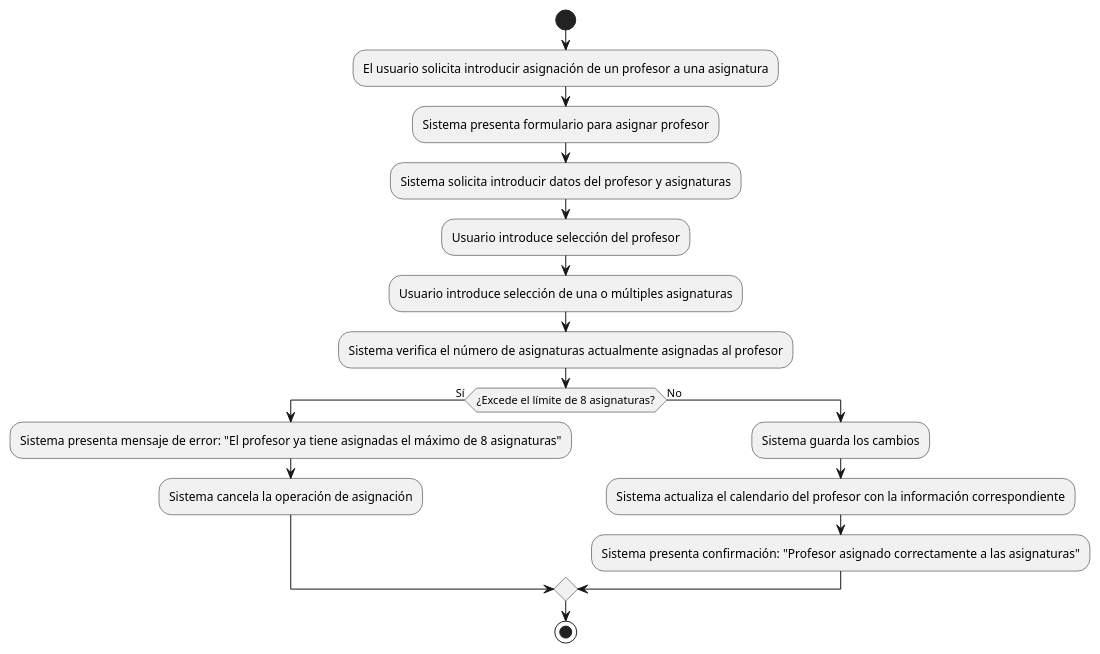
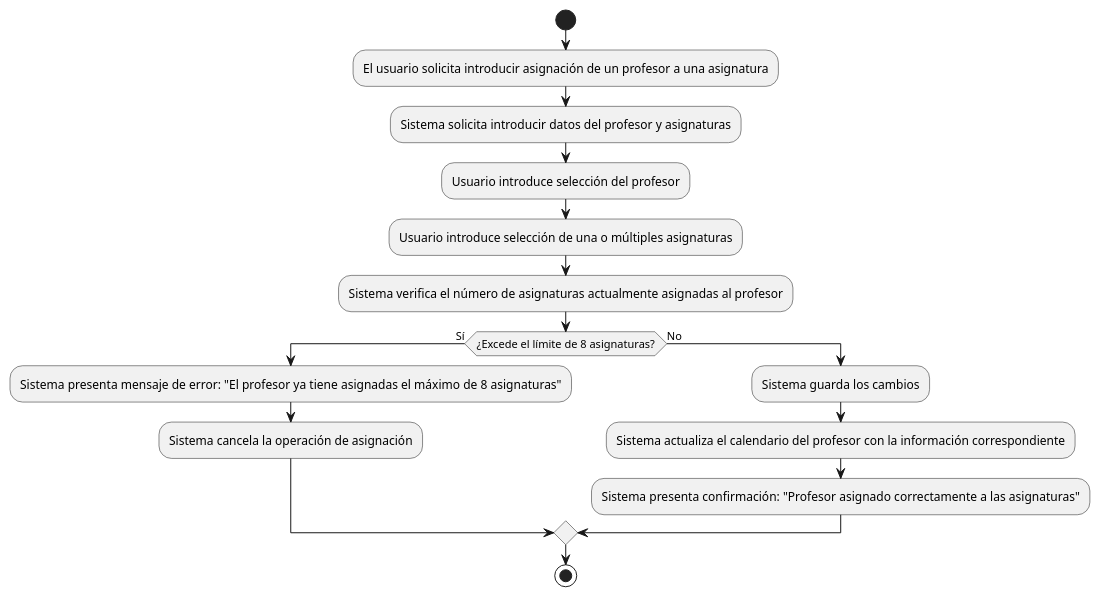
One commit to mmasias/24-25-IdSw1-SDR changed the diagram in casosDeUso/plantUML/AsignarProfesor.puml. Above: the diagram before and after it, drawn with PlantUML. The commit also changed 2 other files, not shown here.

```diff
--- a/casosDeUso/plantUML/AsignarProfesor.puml
+++ b/casosDeUso/plantUML/AsignarProfesor.puml
@@ -1,18 +1,17 @@
 @startuml 
 start
 :El usuario solicita introducir asignación de un profesor a una asignatura;
-:Sistema presenta formulario para asignar profesor;
 :Sistema solicita introducir datos del profesor y asignaturas;
 :Usuario introduce selección del profesor;
 :Usuario introduce selección de una o múltiples asignaturas;
 :Sistema verifica el número de asignaturas actualmente asignadas al profesor;
 if (¿Excede el límite de 8 asignaturas?) then (Sí)
   :Sistema presenta mensaje de error: "El profesor ya tiene asignadas el máximo de 8 asignaturas";
   :Sistema cancela la operación de asignación;
 else (No)
   :Sistema guarda los cambios;
   :Sistema actualiza el calendario del profesor con la información correspondiente;
   :Sistema presenta confirmación: "Profesor asignado correctamente a las asignaturas";
 endif
 stop
 @enduml
```
